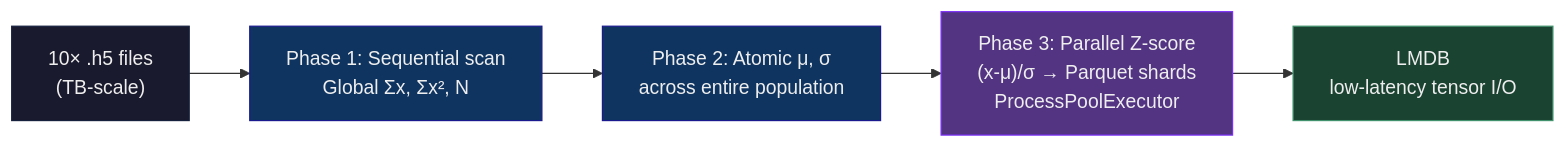
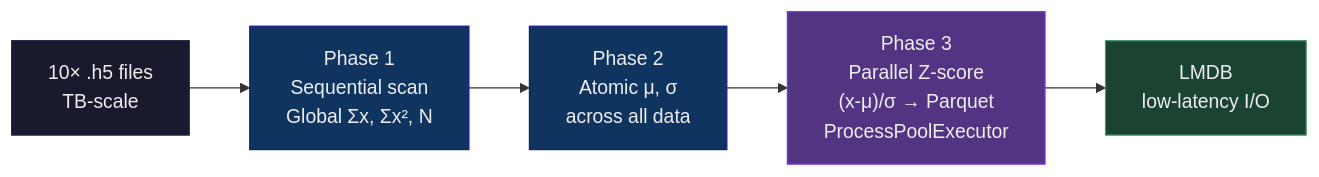
One commit to burundu4ok2000/n-cmapss-rul-mlops-factory changed the third of 3 diagrams in README.md. Above: the diagram before and after it, drawn with Mermaid. The commit also changed other lines of this file, not shown here.

First line of the commit message:
README v2: ENTSO-E style header, ultra-detailed Mermaid, restored images

````diff
--- a/README.md
+++ b/README.md
@@ -198,13 +302,13 @@
 ```mermaid
 flowchart LR
-    H5["10× .h5 files<br/>(TB-scale)"] --> P1["Phase 1: Sequential scan<br/>Global Σx, Σx², N"]
-    P1 --> P2["Phase 2: Atomic μ, σ<br/>across entire population"]
-    P2 --> P3["Phase 3: Parallel Z-score<br/>(x-μ)/σ → Parquet shards<br/>ProcessPoolExecutor"]
-    P3 --> LMDB["LMDB<br/>low-latency tensor I/O"]
+    H5["10× .h5 files<br/>TB-scale"] --> P1["Phase 1<br/>Sequential scan<br/>Global Σx, Σx², N"]
+    P1 --> P2["Phase 2<br/>Atomic μ, σ<br/>across all data"]
+    P2 --> P3["Phase 3<br/>Parallel Z-score<br/>(x-μ)/σ → Parquet<br/>ProcessPoolExecutor"]
+    P3 --> LMDB["LMDB<br/>low-latency I/O"]
 
     style H5 fill:#1a1a2e,stroke:#16213e,color:#eee
     style P1 fill:#0f3460,stroke:#1a1a8e,color:#eee
     style P2 fill:#0f3460,stroke:#1a1a8e,color:#eee
     style P3 fill:#533483,stroke:#7b2ff7,color:#eee
     style LMDB fill:#1b4332,stroke:#40916c,color:#eee
 ```
````
